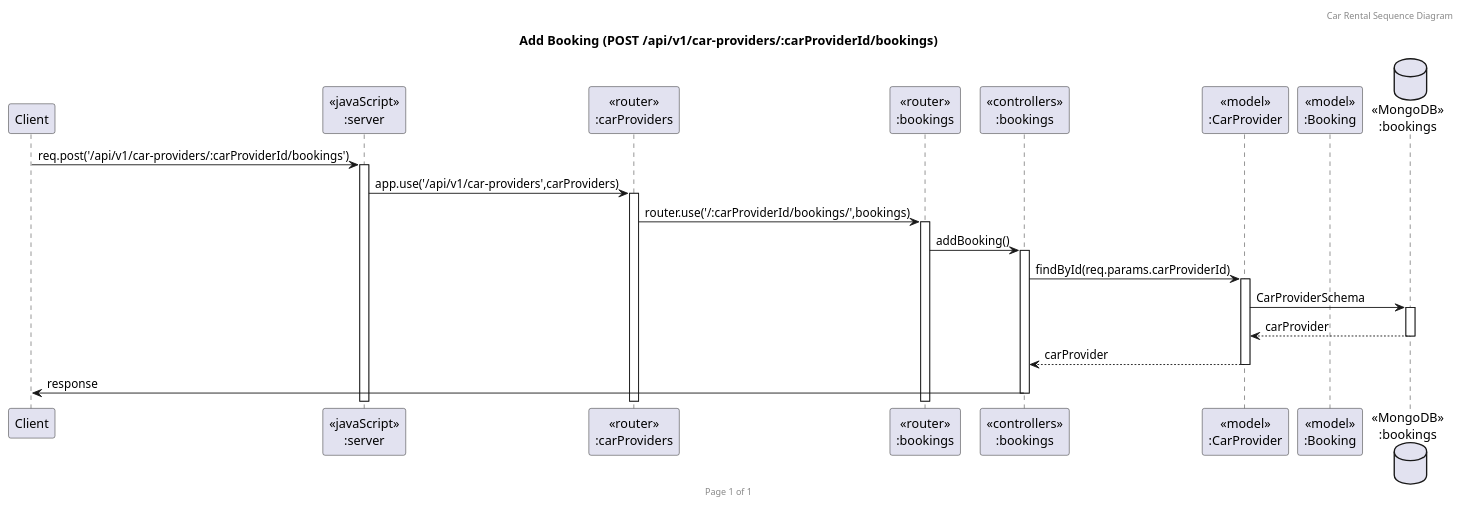
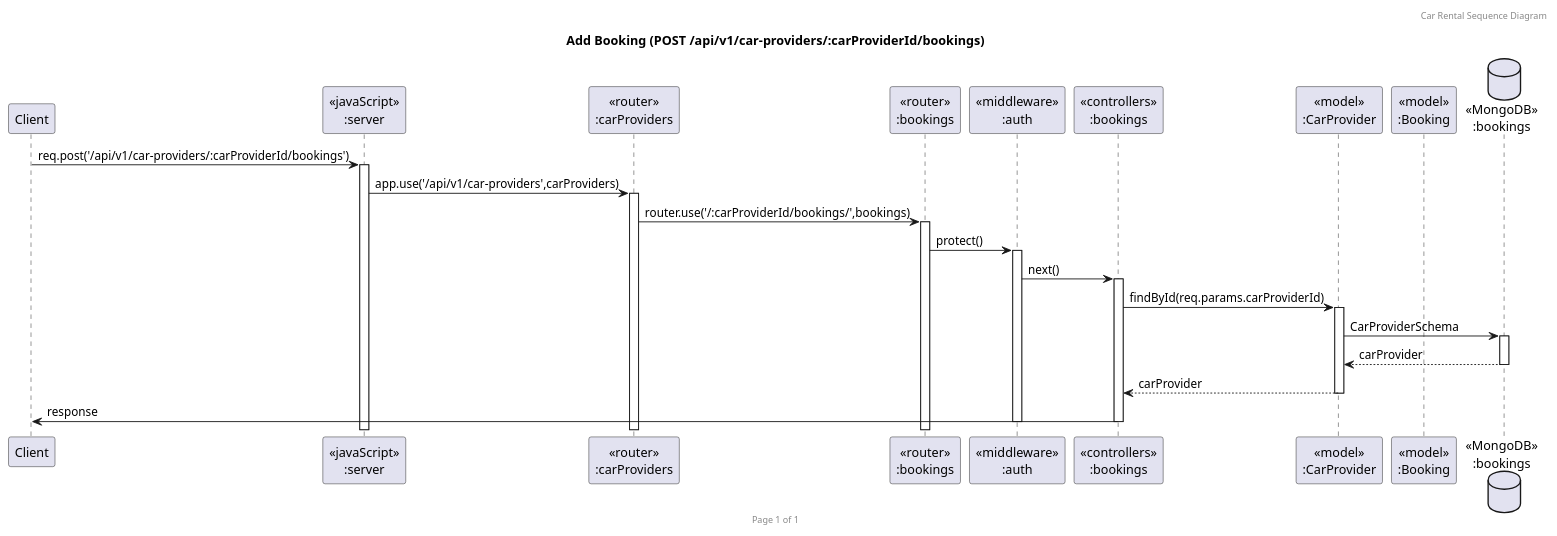
The diagram in UML/Sequence_Booking_POST.puml (2110503-CEDT68/be-project-68-paopaopao), drawn with PlantUML before and after one commit. The commit also changed 9 other files, not shown here.

Commit message:
Fix: sequence diagram fix

```diff
--- a/UML/Sequence_Booking_POST.puml
+++ b/UML/Sequence_Booking_POST.puml
@@ -1,26 +1,29 @@
 @startuml Sequence_Booking_POST
 
 header Car Rental Sequence Diagram
 footer Page %page% of %lastpage%
 title "Add Booking (POST /api/v1/car-providers/:carProviderId/bookings)"
 
 participant "Client" as client
 participant "<<javaScript>>\n:server" as server
 participant "<<router>>\n:carProviders" as routerCarProviders
 participant "<<router>>\n:bookings" as routerBookings
+participant "<<middleware>>\n:auth" as middlewareAuth
 participant "<<controllers>>\n:bookings" as controllersBookings
 participant "<<model>>\n:CarProvider" as modelCarProvider
 participant "<<model>>\n:Booking" as modelBooking
 database "<<MongoDB>>\n:bookings" as BookingsDatabase
 
 client->server ++:req.post('/api/v1/car-providers/:carProviderId/bookings')
 server->routerCarProviders ++:app.use('/api/v1/car-providers',carProviders)
 routerCarProviders->routerBookings ++:router.use('/:carProviderId/bookings/',bookings)
-routerBookings->controllersBookings ++:addBooking()
+routerBookings->middlewareAuth ++:protect()
+middlewareAuth->controllersBookings ++:next()
 controllersBookings->modelCarProvider ++:findById(req.params.carProviderId)
 modelCarProvider->BookingsDatabase ++: CarProviderSchema
 BookingsDatabase-->modelCarProvider --: carProvider
 controllersBookings<--modelCarProvider --: carProvider
 controllersBookings->client --:response
+deactivate middlewareAuth
 
 @enduml
```
